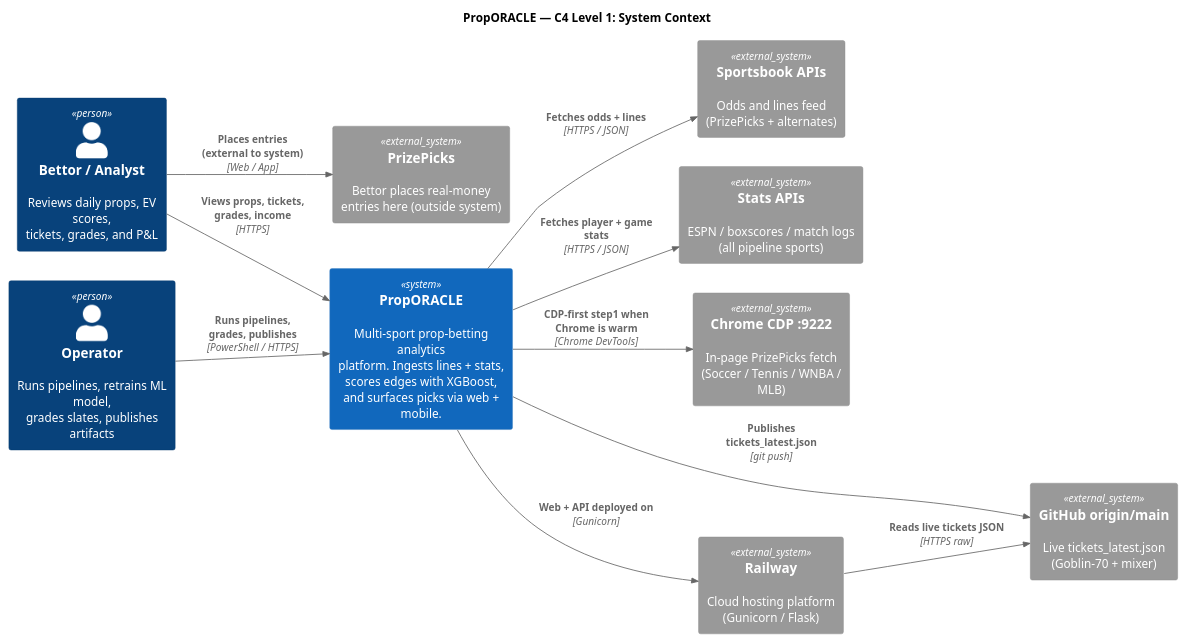
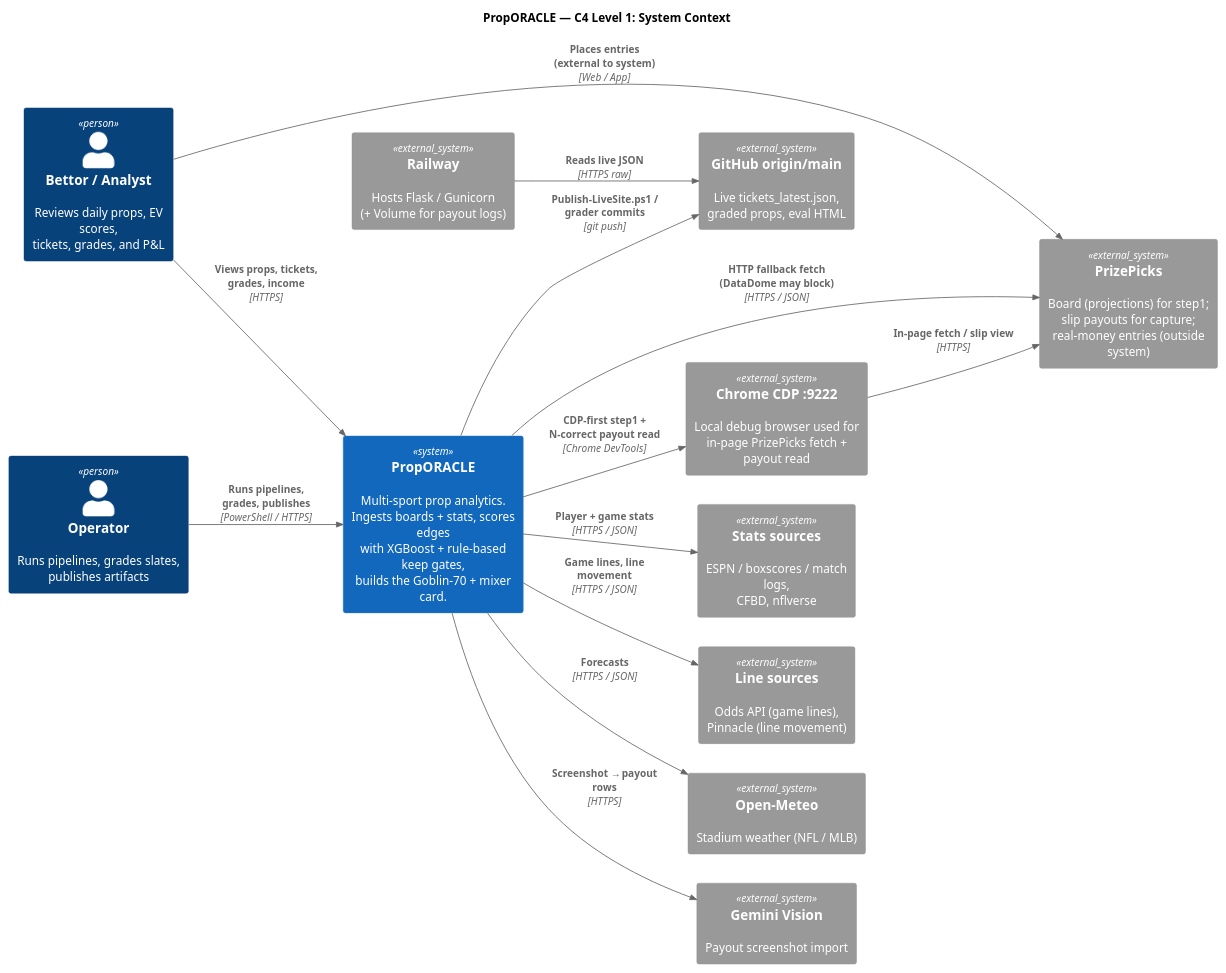
The diagram in docs/diagrams/c4-context.puml (halekevi/PropORACLE), drawn with PlantUML before and after one commit. The commit also changed 8 other files, not shown here.

First line of the commit message:
docs: Rewrite UML set with settlement and publish timing fixed.

```diff
--- a/docs/diagrams/c4-context.puml
+++ b/docs/diagrams/c4-context.puml
@@ -1,36 +1,41 @@
 @startuml PropORACLE_C4_Context
 ' C4 Level 1 — System Context
 ' Render: PlantUML + C4-PlantUML macros
 ' Online: https://www.plantuml.com/plantuml
 ' VS Code: PlantUML extension (jebbs.plantuml)
 
 !include https://raw.githubusercontent.com/plantuml-stdlib/C4-PlantUML/master/C4_Context.puml
 
 LAYOUT_LEFT_RIGHT()
 skinparam shadowing false
 
 title PropORACLE — C4 Level 1: System Context
 
 Person(bettor,       "Bettor / Analyst",  "Reviews daily props, EV scores,\ntickets, grades, and P&L")
-Person(operator,     "Operator",          "Runs pipelines, retrains ML model,\ngrades slates, publishes artifacts")
+Person(operator,     "Operator",          "Runs pipelines, grades slates,\npublishes artifacts")
 
-System(proporacle,   "PropORACLE",        "Multi-sport prop-betting analytics\nplatform. Ingests lines + stats,\nscores edges with XGBoost,\nand surfaces picks via web + mobile.")
+System(proporacle,   "PropORACLE",        "Multi-sport prop analytics.\nIngests boards + stats, scores edges\nwith XGBoost + rule-based keep gates,\nbuilds the Goblin-70 + mixer card.")
 
-System_Ext(sbApis,   "Sportsbook APIs",   "Odds and lines feed\n(PrizePicks + alternates)")
-System_Ext(statsApis,"Stats APIs",        "ESPN / boxscores / match logs\n(all pipeline sports)")
-System_Ext(wt,       "Chrome CDP :9222",  "In-page PrizePicks fetch\n(Soccer / Tennis / WNBA / MLB)")
-System_Ext(github,   "GitHub origin/main","Live tickets_latest.json\n(Goblin-70 + mixer)")
-System_Ext(railway,  "Railway",           "Cloud hosting platform\n(Gunicorn / Flask)")
-System_Ext(prizepicks,"PrizePicks",       "Bettor places real-money\nentries here (outside system)")
+System_Ext(prizepicks,"PrizePicks",        "Board (projections) for step1;\nslip payouts for capture;\nreal-money entries (outside system)")
+System_Ext(chrome,   "Chrome CDP :9222",  "Local debug browser used for\nin-page PrizePicks fetch + payout read")
+System_Ext(stats,    "Stats sources",     "ESPN / boxscores / match logs,\nCFBD, nflverse")
+System_Ext(lines,    "Line sources",      "Odds API (game lines),\nPinnacle (line movement)")
+System_Ext(weather,  "Open-Meteo",        "Stadium weather (NFL / MLB)")
+System_Ext(gemini,   "Gemini Vision",     "Payout screenshot import")
+System_Ext(github,   "GitHub origin/main","Live tickets_latest.json,\ngraded props, eval HTML")
+System_Ext(railway,  "Railway",           "Hosts Flask / Gunicorn\n(+ Volume for payout logs)")
 
-Rel(bettor,       proporacle,  "Views props, tickets,\ngrades, income",   "HTTPS")
-Rel(operator,     proporacle,  "Runs pipelines,\ngrades, publishes",     "PowerShell / HTTPS")
-Rel(proporacle,   sbApis,      "Fetches odds + lines",                    "HTTPS / JSON")
-Rel(proporacle,   statsApis,   "Fetches player + game stats",             "HTTPS / JSON")
-Rel(proporacle,   wt,          "CDP-first step1 when Chrome is warm",     "Chrome DevTools")
-Rel(proporacle,   github,      "Publishes tickets_latest.json",           "git push")
-Rel(railway,      github,      "Reads live tickets JSON",                 "HTTPS raw")
-Rel(proporacle,   railway,     "Web + API deployed on",                   "Gunicorn")
-Rel(bettor,       prizepicks,  "Places entries\n(external to system)",    "Web / App")
+Rel(bettor,     proporacle, "Views props, tickets,\ngrades, income",       "HTTPS")
+Rel(operator,   proporacle, "Runs pipelines,\ngrades, publishes",         "PowerShell / HTTPS")
+Rel(proporacle, chrome,     "CDP-first step1 +\nN-correct payout read",   "Chrome DevTools")
+Rel(chrome,     prizepicks, "In-page fetch / slip view",                  "HTTPS")
+Rel(proporacle, prizepicks, "HTTP fallback fetch\n(DataDome may block)",  "HTTPS / JSON")
+Rel(proporacle, stats,      "Player + game stats",                        "HTTPS / JSON")
+Rel(proporacle, lines,      "Game lines, line movement",                  "HTTPS / JSON")
+Rel(proporacle, weather,    "Forecasts",                                  "HTTPS / JSON")
+Rel(proporacle, gemini,     "Screenshot → payout rows",                   "HTTPS")
+Rel(proporacle, github,     "Publish-LiveSite.ps1 /\ngrader commits",       "git push")
+Rel(railway,    github,     "Reads live JSON",                            "HTTPS raw")
+Rel(bettor,     prizepicks, "Places entries\n(external to system)",       "Web / App")
 
 @enduml
```
